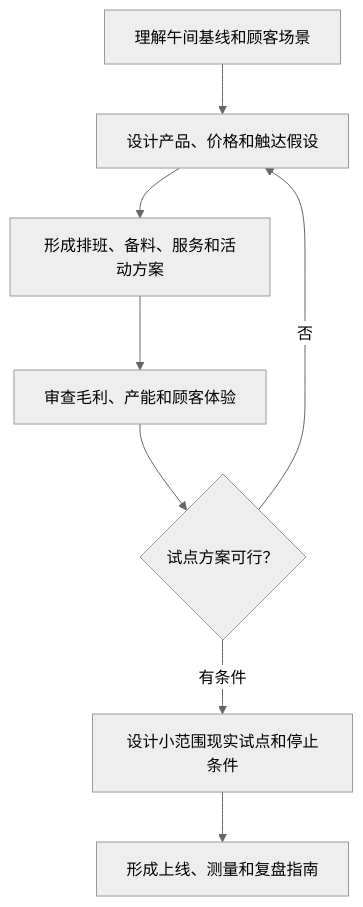
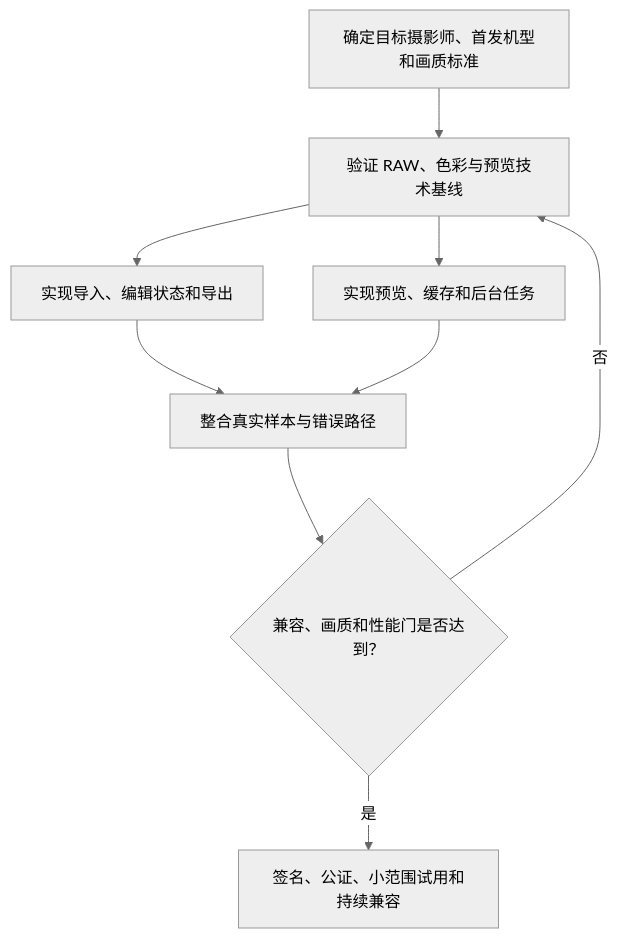
One commit to yantaolu/goal-orchestrator changed the diagram in references/examples.md. Above: the diagram before and after it, drawn with Mermaid (neutral theme). The commit also changed other lines of this file and 9 other files, not shown here.

````diff
--- a/references/examples.md
+++ b/references/examples.md
@@ -184,10 +60,11 @@
 ```mermaid
 flowchart TD
-    A["理解午间基线和顾客场景"] --> B["设计产品、价格和触达假设"]
-    B --> C["形成排班、备料、服务和活动方案"]
-    C --> D["审查毛利、产能和顾客体验"]
-    D --> E{"试点方案可行？"}
+    A["确定目标摄影师、首发机型和画质标准"] --> B["验证 RAW、色彩与预览技术基线"]
+    B --> C1["实现导入、编辑状态和导出"]
+    B --> C2["实现预览、缓存和后台任务"]
+    C1 --> D["整合真实样本与错误路径"]
+    C2 --> D
+    D --> E{"兼容、画质和性能门是否达到？"}
     E -- "否" --> B
-    E -- "有条件" --> F["设计小范围现实试点和停止条件"]
-    F --> G["形成上线、测量和复盘指南"]
+    E -- "是" --> F["签名、公证、小范围试用和持续兼容"]
 ```
````
